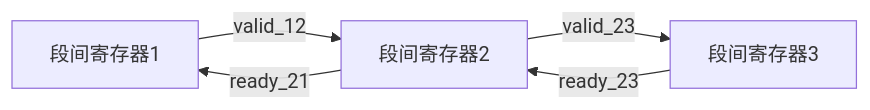
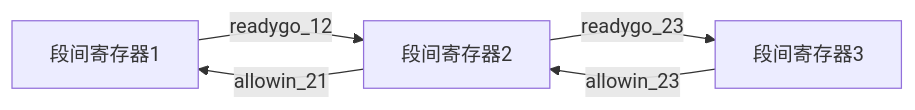
The diagram in TOP_CPU.md (JYJSXX/AmberCPU), drawn with Mermaid before and after one commit. The commit also changed other lines of this file, not shown here.

````diff
--- a/TOP_CPU.md
+++ b/TOP_CPU.md
@@ -25,7 +25,7 @@
 ```mermaid
 graph LR
-    段间寄存器1--valid_12-->段间寄存器2
-    段间寄存器2--ready_21-->段间寄存器1
-    段间寄存器2--valid_23-->段间寄存器3
-    段间寄存器3--ready_23-->段间寄存器2
+    段间寄存器1--readygo_12-->段间寄存器2
+    段间寄存器2--allowin_21-->段间寄存器1
+    段间寄存器2--readygo_23-->段间寄存器3
+    段间寄存器3--allowin_23-->段间寄存器2
 ```
````
